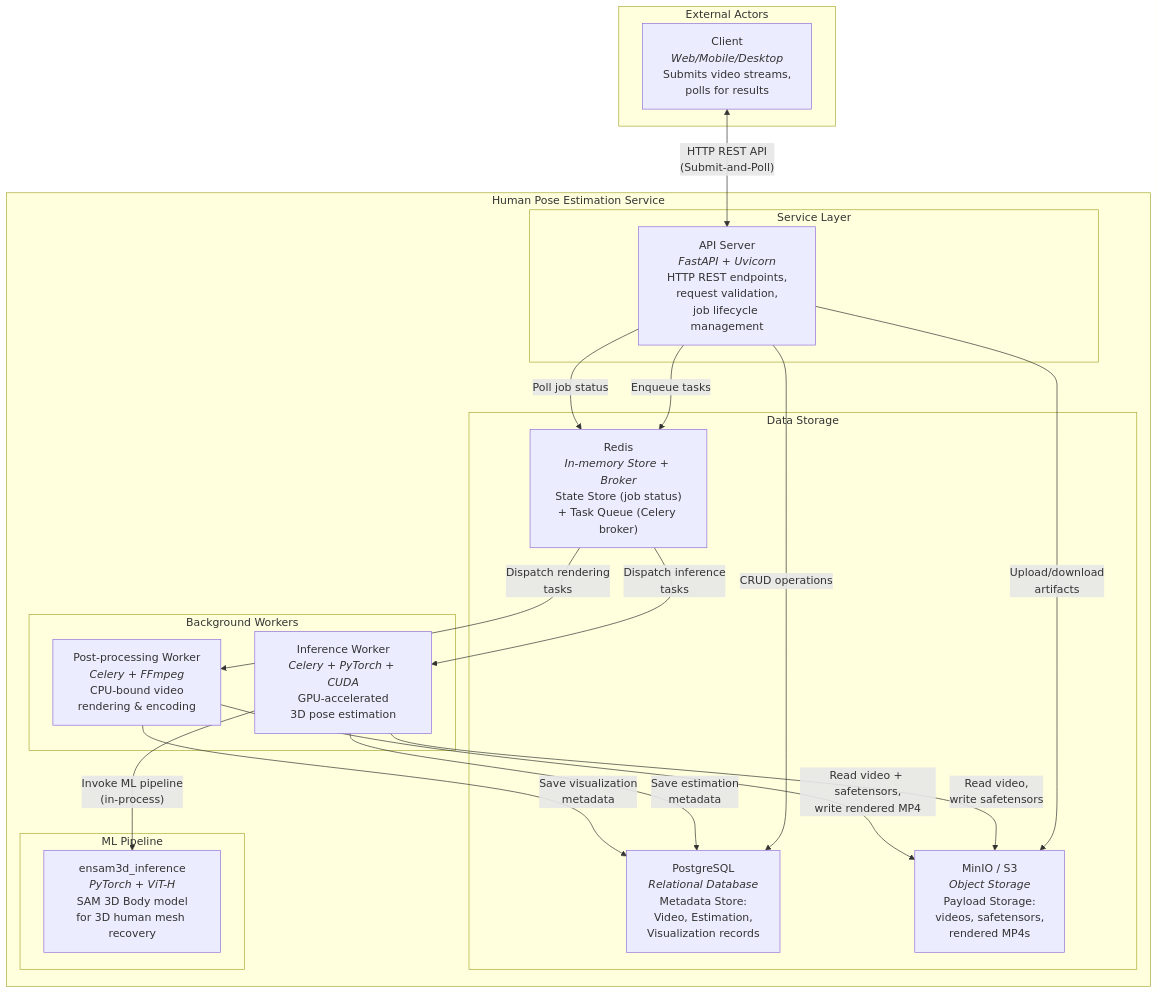
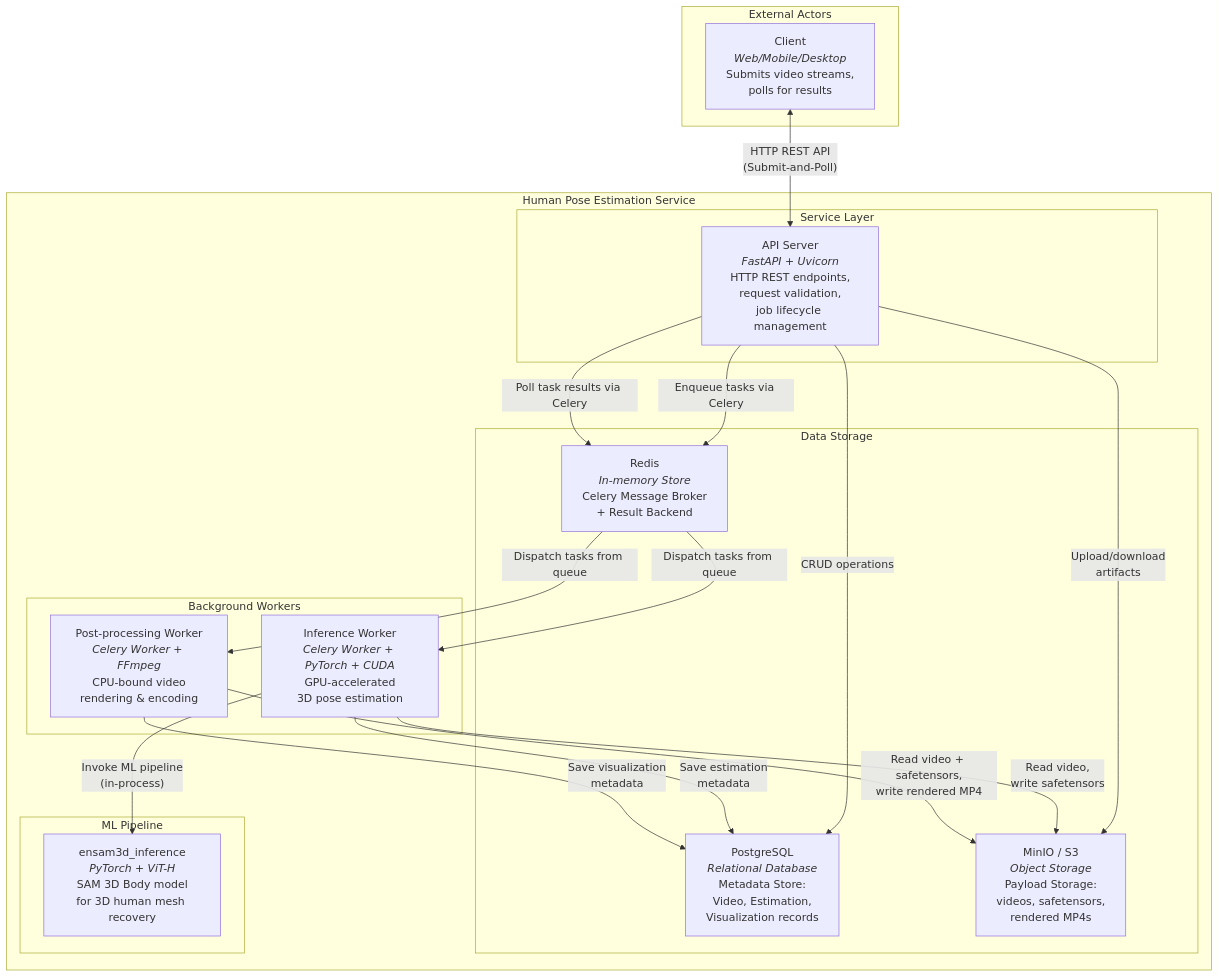
Before and after one commit to Sierra-Arn/pose-estimation-service: the diagram in docs/README.md, drawn with Mermaid. The commit also changed other lines of this file and 266 other files, not shown here.

Commit message:
feat: establish monorepo architecture, comprehensive benchmarks, and updated documentation

````diff
--- a/docs/README.md
+++ b/docs/README.md
@@ -13,44 +13,44 @@
 ```mermaid
 flowchart TB
     subgraph External["External Actors"]
         Client["Client<br/><i>Web/Mobile/Desktop</i><br/>Submits video streams,<br/>polls for results"]
     end
 
     subgraph System["Human Pose Estimation Service"]
         subgraph ServiceLayer["Service Layer"]
             API["API Server<br/><i>FastAPI + Uvicorn</i><br/>HTTP REST endpoints,<br/>request validation,<br/>job lifecycle management"]
         end
 
         subgraph Workers["Background Workers"]
-            InferenceWorker["Inference Worker<br/><i>Celery + PyTorch + CUDA</i><br/>GPU-accelerated<br/>3D pose estimation"]
-            PostProcessingWorker["Post-processing Worker<br/><i>Celery + FFmpeg</i><br/>CPU-bound video<br/>rendering & encoding"]
+            InferenceWorker["Inference Worker<br/><i>Celery Worker + PyTorch + CUDA</i><br/>GPU-accelerated<br/>3D pose estimation"]
+            PostProcessingWorker["Post-processing Worker<br/><i>Celery Worker + FFmpeg</i><br/>CPU-bound video<br/>rendering & encoding"]
         end
 
         subgraph Storage["Data Storage"]
             PostgreSQL["PostgreSQL<br/><i>Relational Database</i><br/>Metadata Store:<br/>Video, Estimation,<br/>Visualization records"]
-            Redis["Redis<br/><i>In-memory Store + Broker</i><br/>State Store (job status)<br/>+ Task Queue (Celery broker)"]
+            Redis["Redis<br/><i>In-memory Store</i><br/>Celery Message Broker<br/>+ Result Backend"]
             MinIO["MinIO / S3<br/><i>Object Storage</i><br/>Payload Storage:<br/>videos, safetensors,<br/>rendered MP4s"]
         end
 
         subgraph MLPipeline["ML Pipeline"]
             Ensam3D["ensam3d_inference<br/><i>PyTorch + ViT-H</i><br/>SAM 3D Body model<br/>for 3D human mesh recovery"]
         end
     end
 
     Client <-->|"HTTP REST API<br/>(Submit-and-Poll)"| API
     
-    API -->|"Enqueue tasks"| Redis
-    API -->|"Poll job status"| Redis
+    API -->|"Enqueue tasks via Celery"| Redis
+    API -->|"Poll task results via Celery"| Redis
     API -->|"Upload/download<br/>artifacts"| MinIO
     API -->|"CRUD operations"| PostgreSQL
     
-    Redis -->|"Dispatch inference<br/>tasks"| InferenceWorker
-    Redis -->|"Dispatch rendering<br/>tasks"| PostProcessingWorker
+    Redis -->|"Dispatch tasks from queue"| InferenceWorker
+    Redis -->|"Dispatch tasks from queue"| PostProcessingWorker
     
     InferenceWorker -->|"Read video,<br/>write safetensors"| MinIO
     InferenceWorker -->|"Save estimation<br/>metadata"| PostgreSQL
     InferenceWorker -->|"Invoke ML pipeline<br/>(in-process)"| Ensam3D
     
     PostProcessingWorker -->|"Read video + safetensors,<br/>write rendered MP4"| MinIO
     PostProcessingWorker -->|"Save visualization<br/>metadata"| PostgreSQL
 ```
````
